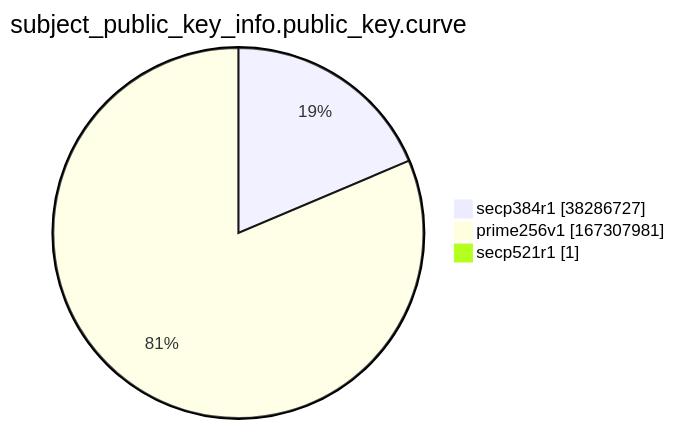
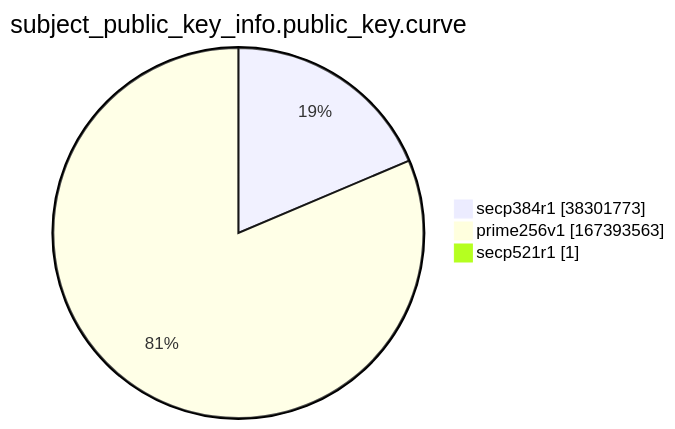
The ninth of 15 diagrams in argon2022/README.md (christiankrug/ctmonitor_visualization), drawn with Mermaid before and after one commit. The commit also changed other lines of this file, not shown here.

````diff
--- a/argon2022/README.md
+++ b/argon2022/README.md
@@ -2766,7 +2766,7 @@
 ```mermaid
 pie showData
 title subject_public_key_info.public_key.curve
-"secp384r1" :38286727
-"prime256v1" :167307981
+"secp384r1" :38301773
+"prime256v1" :167393563
 "secp521r1" :1
 ```
````
